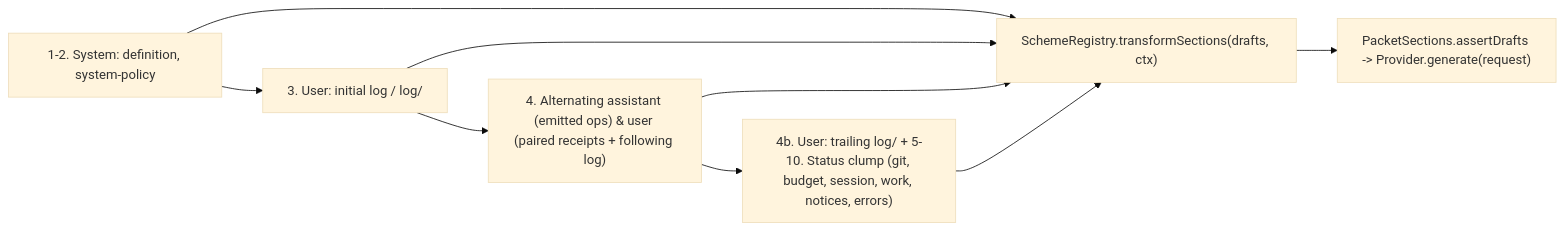
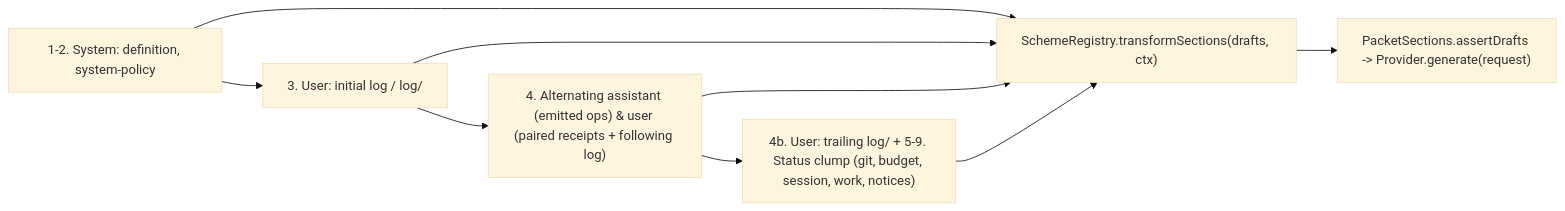
Before and after one commit to plurnk/plurnk-service: the tenth of 13 diagrams in plurnk-core/SPEC.md, drawn with Mermaid (base theme). The commit also changed other lines of this file and 46 other files, not shown here.

````diff
--- a/plurnk-core/SPEC.md
+++ b/plurnk-core/SPEC.md
@@ -1089,8 +1090,8 @@
 ```mermaid
 flowchart LR
   S["1-2. System: definition, system-policy"] --> L0["3. User: initial log / log/<coord>"]
   L0 --> EH["4. Alternating assistant (emitted ops) & user (paired receipts + following log)"]
-  EH --> LT["4b. User: trailing log/<coord> + 5-10. Status clump (git, budget, session, work, notices, errors)"]
+  EH --> LT["4b. User: trailing log/<coord> + 5-9. Status clump (git, budget, session, work, notices)"]
   S & L0 & EH & LT --> TR["SchemeRegistry.transformSections(drafts, ctx)"]
   TR --> AD["PacketSections.assertDrafts -> Provider.generate(request)"]
 ```
````
